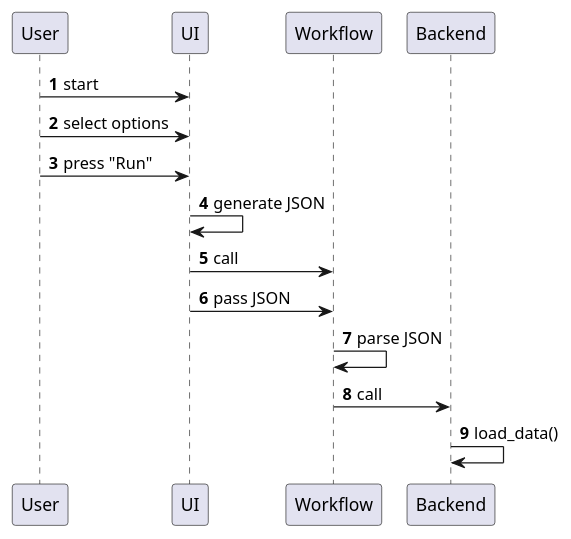
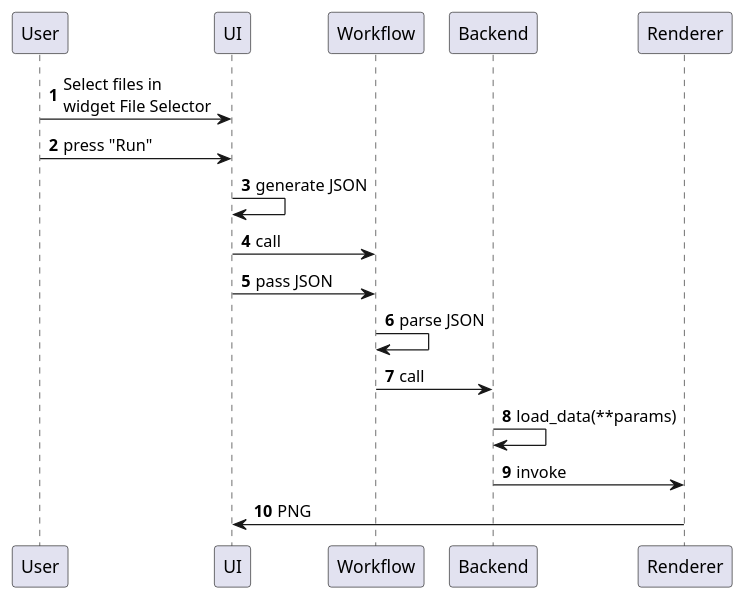
One commit to ornlneutronimaging/iMars3D changed the diagram in docs/developer/media/load_data.puml. Above: the diagram before and after it, drawn with PlantUML. The commit also changed 2 other files, not shown here.

Commit message:
add renderer

```diff
--- a/docs/developer/media/load_data.puml
+++ b/docs/developer/media/load_data.puml
@@ -1,16 +1,17 @@
 @startuml
 'https://plantuml.com/sequence-diagram
 
 autonumber
 
-"User" -> "UI" : start
-"User" -> "UI" : select options
+"User" -> "UI" : Select files in\nwidget File Selector
 "User" -> "UI" : press "Run"
 "UI"   -> "UI" : generate JSON
 "UI"   -> "Workflow" : call
 "UI"   -> "Workflow" : pass JSON
 "Workflow" -> "Workflow" : parse JSON
 "Workflow" -> "Backend" : call
-"Backend" -> "Backend": load_data()
+"Backend"  -> "Backend": load_data(**params)
+"Backend"  -> "Renderer": invoke
+"Renderer" -> "UI":  PNG
 
 @enduml
```
